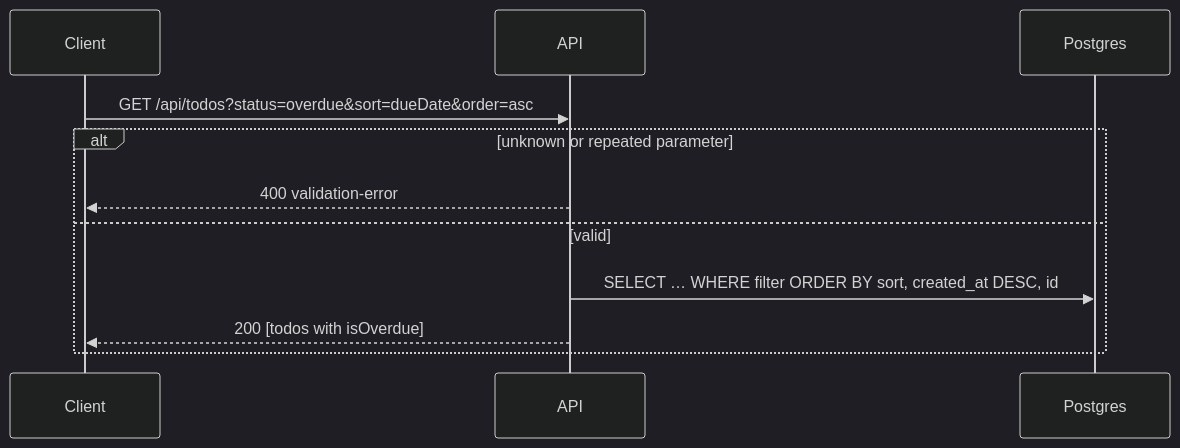
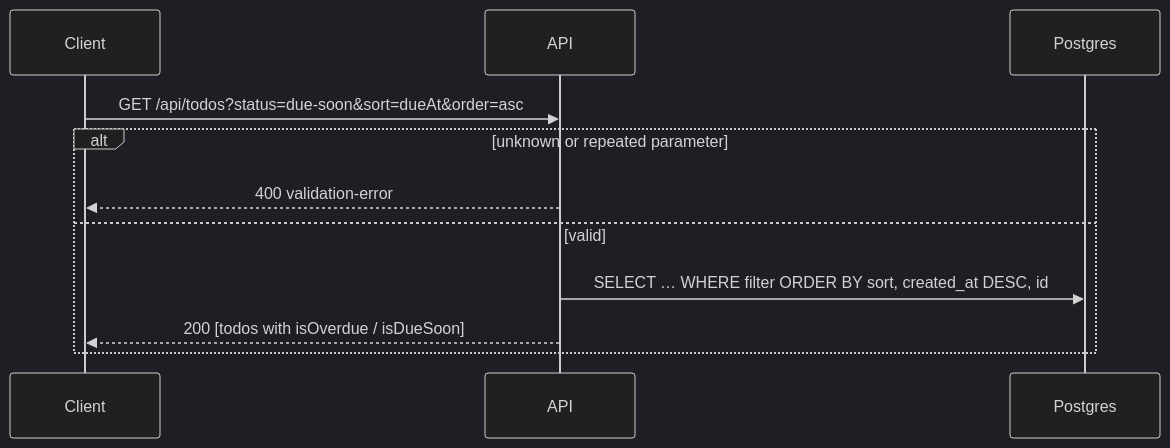
One commit to charlesmalo/FociToDo changed the second of 7 diagrams in docs/api.md. Above: the diagram before and after it, drawn with Mermaid (dark theme). The commit also changed other lines of this file and 20 other files, not shown here.

````diff
--- a/docs/api.md
+++ b/docs/api.md
@@ -90,13 +90,13 @@
 ```mermaid
 sequenceDiagram
   participant C as Client
   participant A as API
   participant DB as Postgres
-  C->>A: GET /api/todos?status=overdue&sort=dueDate&order=asc
+  C->>A: GET /api/todos?status=due-soon&sort=dueAt&order=asc
   alt unknown or repeated parameter
     A-->>C: 400 validation-error
   else valid
     A->>DB: SELECT … WHERE filter ORDER BY sort, created_at DESC, id
-    A-->>C: 200 [todos with isOverdue]
+    A-->>C: 200 [todos with isOverdue / isDueSoon]
   end
 ```
````
